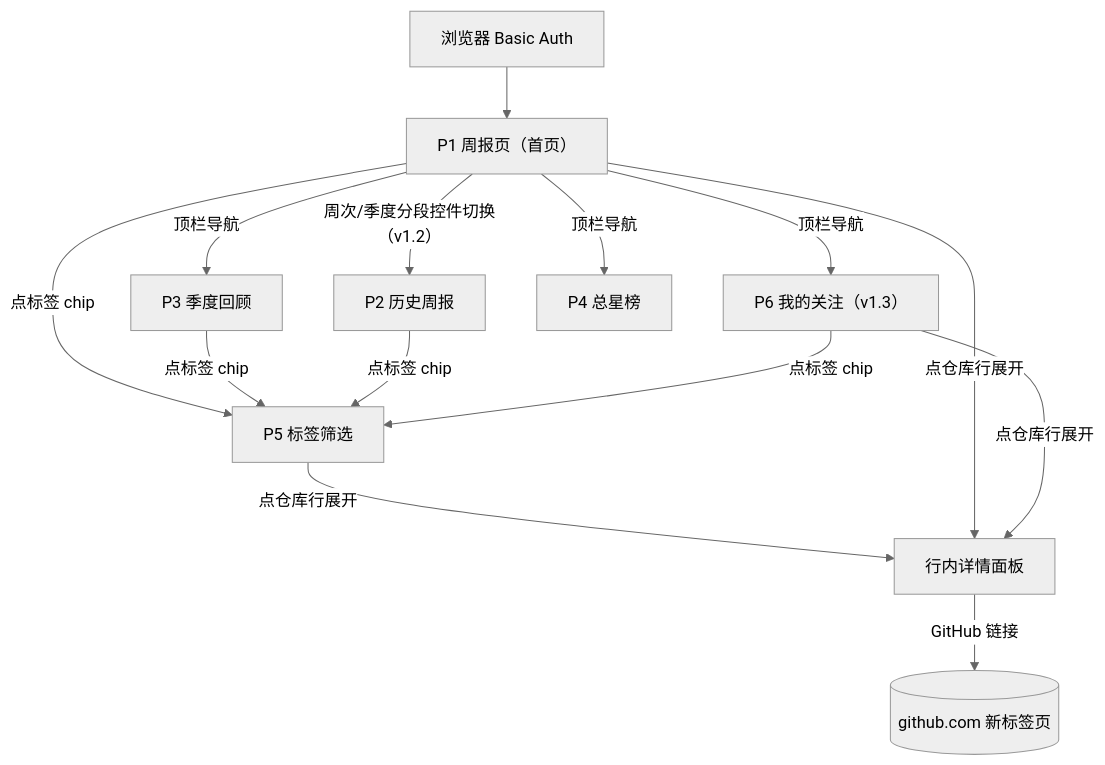
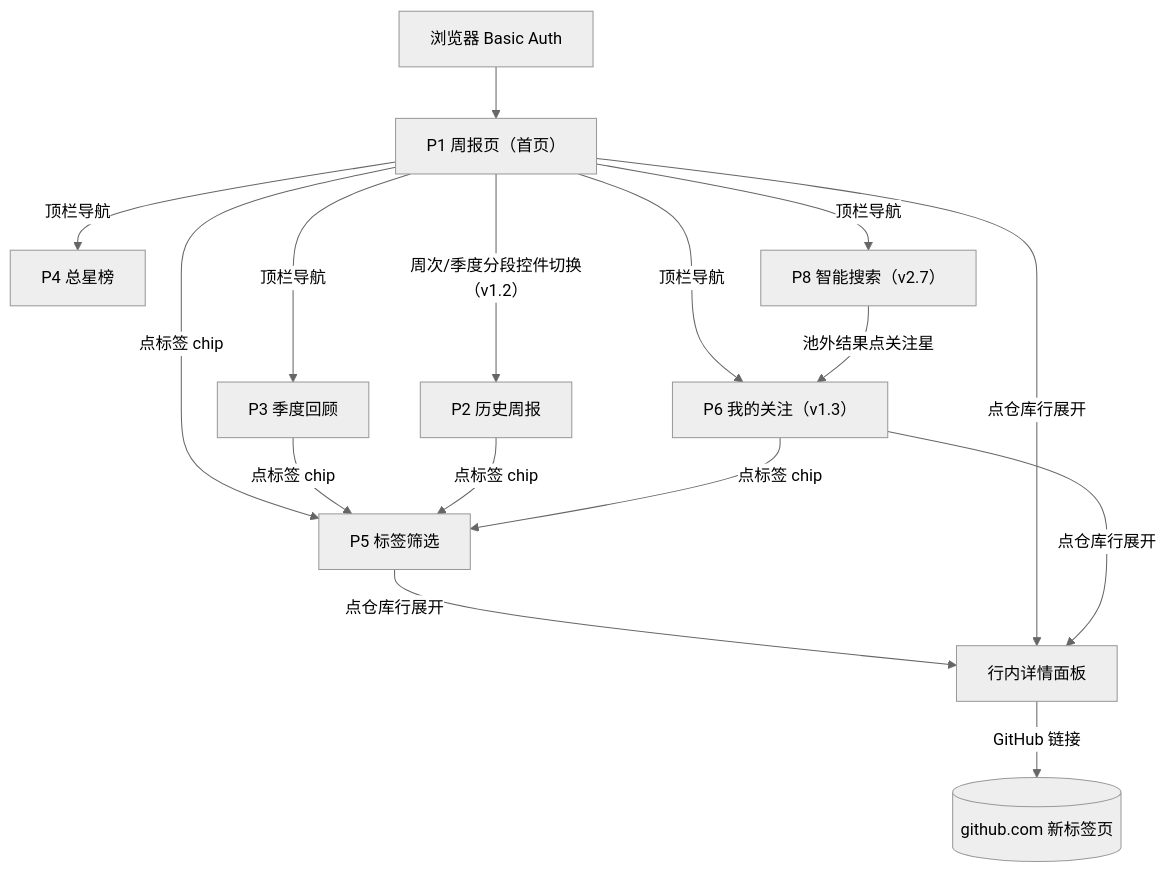
Before and after one commit to WENZIZZHENG/radar-github: the first of 2 diagrams in docs/sop/交互流程说明.md, drawn with Mermaid (neutral theme). The commit also changed other lines of this file and 23 other files, not shown here.

First line of the commit message:
docs: 引入 OpenSpec 契约体系＋交互流程说明拆分＋示意图 v5＋T-031 归档＋批次十立项

````diff
--- a/docs/sop/交互流程说明.md
+++ b/docs/sop/交互流程说明.md
@@ -27,16 +30,18 @@
 ```mermaid
 flowchart TD
   AUTH["浏览器 Basic Auth"] --> HOME["P1 周报页（首页）"]
   HOME -->|周次/季度分段控件切换（v1.2）| W["P2 历史周报"]
   HOME -->|顶栏导航| F["P6 我的关注（v1.3）"]
   HOME -->|顶栏导航| Q["P3 季度回顾"]
   HOME -->|顶栏导航| T["P4 总星榜"]
   HOME -->|点标签 chip| TAG["P5 标签筛选"]
+  HOME -->|顶栏导航| SRCH["P8 智能搜索（v2.7）"]
+  SRCH -->|池外结果点关注星| F
   Q -->|点标签 chip| TAG
   W -->|点标签 chip| TAG
   F -->|点标签 chip| TAG
   TAG -->|点仓库行展开| DETAIL["行内详情面板"]
   HOME -->|点仓库行展开| DETAIL
   F -->|点仓库行展开| DETAIL
   DETAIL -->|GitHub 链接| GH[("github.com 新标签页")]
 ```
````
